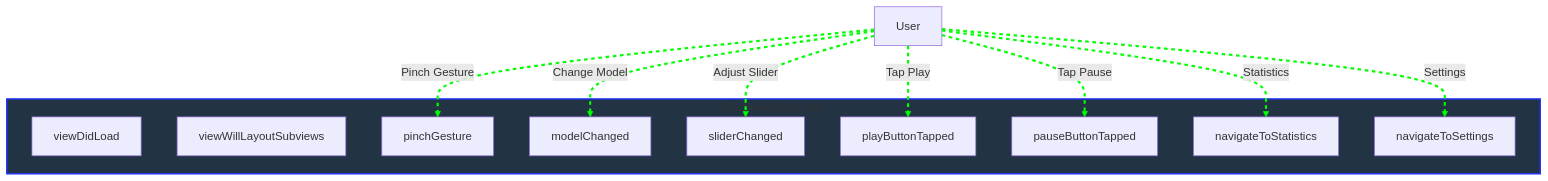
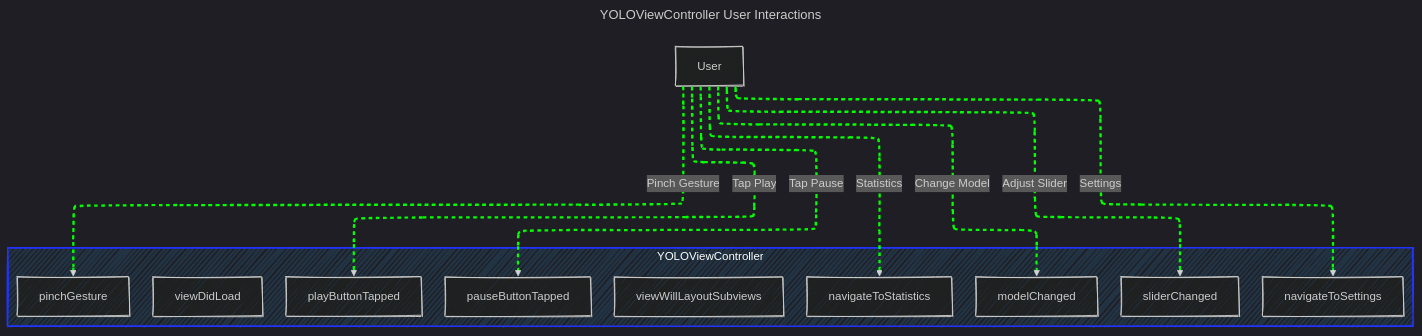
One commit to CongLeSolutionX/iOS-development-vault changed the fifth of 10 diagrams in Reversing_Engineer_through_Interfaces/Swift-generated_header_file_in_depth_in_Mermaid.md. Above: the diagram before and after it, drawn with Mermaid. The commit also changed other lines of this file and 8 other files, not shown here.

````diff
--- a/Reversing_Engineer_through_Interfaces/Swift-generated_header_file_in_depth_in_Mermaid.md
+++ b/Reversing_Engineer_through_Interfaces/Swift-generated_header_file_in_depth_in_Mermaid.md
@@ -284,32 +312,39 @@
 ```mermaid
+---
+title: YOLOViewController User Interactions
+config:
+  layout: elk
+  look: handDrawn
+  theme: dark
+---
 flowchart TD
     subgraph YOLOViewController
         %% Background style for subgraph YOLOViewController
         style YOLOViewController fill:#234,stroke:#23F,stroke-width:2px
         
         A[viewDidLoad]
         B[viewWillLayoutSubviews]
         C[pinchGesture]
         D[modelChanged]
         E[sliderChanged]
         F[playButtonTapped]
         G[pauseButtonTapped]
         H[navigateToStatistics]
         I[navigateToSettings]
     end
 
     User -->|Pinch Gesture| C
     User -->|Change Model| D
     User -->|Adjust Slider| E
     User -->|Tap Play| F
     User -->|Tap Pause| G
     User -->|Statistics| H
     User -->|Settings| I
 
 
 %% Style for arrows
 linkStyle 0,1,2,3,4,5,6 stroke:#00FF00,stroke-width:3px,stroke-dasharray:5 5
 %% Note: The numbers in linkStyle correspond to the order of links above.
 %% linkStyle default stroke:#451,stroke-width:3px
 
 ```
````
